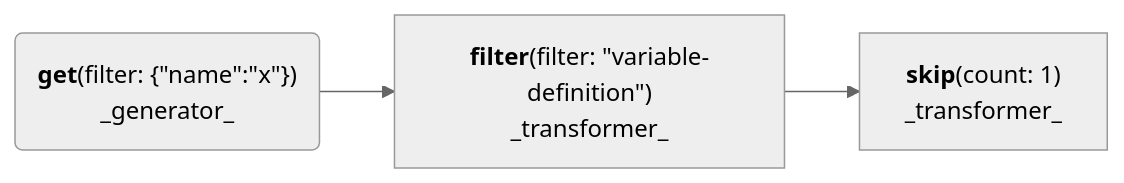
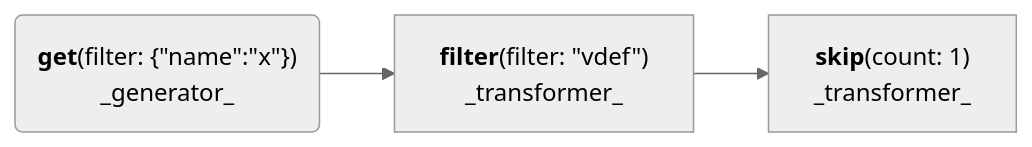
One commit to flowr-analysis/flowr changed the third of 4 diagrams in wiki/Search API.md. Above: the diagram before and after it, drawn with Mermaid (neutral theme). The commit also changed other lines of this file and 5 other files, not shown here.

Commit message:
[skip ci] doc: update generated wiki pages (wiki/Search API.md,wiki/Query API.md,wiki/Interface.md,wiki/Dataflow Graph.md,wiki/Control Flow Graph.md,wiki/Core.md)

````diff
--- a/wiki/Search API.md
+++ b/wiki/Search API.md
@@ -135,4 +135,4 @@
 ```mermaid
 flowchart LR
-0("<b>get</b>(filter: #123;#34;name#34;#58;#34;x#34;#125;)<br/>_generator_") --> 1["<b>filter</b>(filter: #34;variable#45;definition#34;)<br/>_transformer_"] --> 2["<b>skip</b>(count: 1)<br/>_transformer_"]
+0("<b>get</b>(filter: #123;#34;name#34;#58;#34;x#34;#125;)<br/>_generator_") --> 1["<b>filter</b>(filter: #34;vdef#34;)<br/>_transformer_"] --> 2["<b>skip</b>(count: 1)<br/>_transformer_"]
 ```
````
